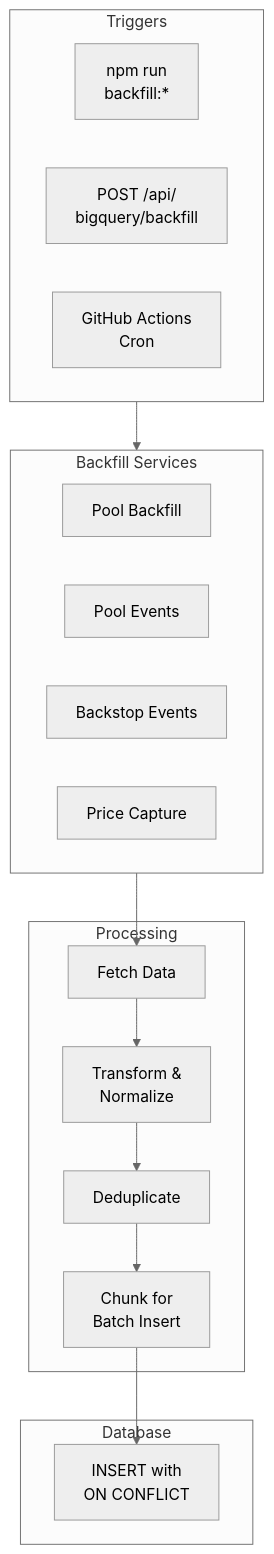
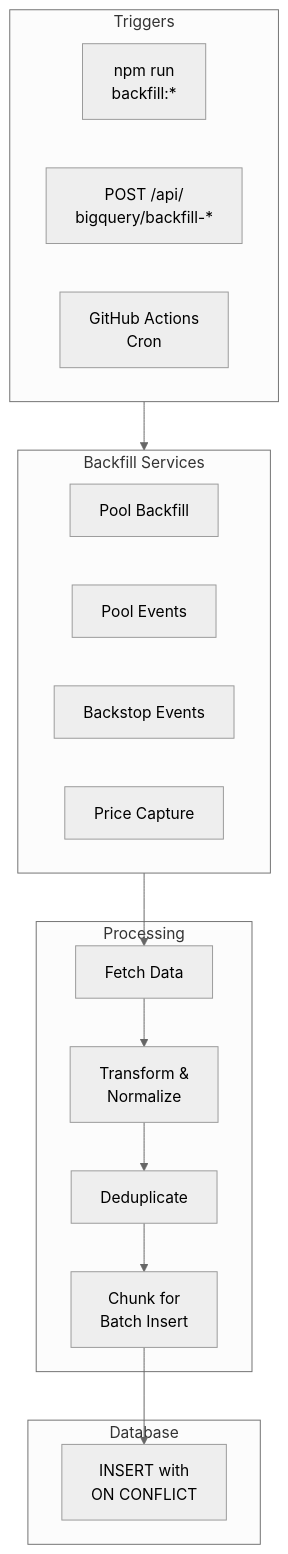
Before and after one commit to brunomlr/blend-indexer: the third of 6 diagrams in README.md, drawn with Mermaid (neutral theme). The commit also changed other lines of this file, not shown here.

````diff
--- a/README.md
+++ b/README.md
@@ -374,33 +368,33 @@
 ```mermaid
 flowchart TB
     subgraph Triggers["Triggers"]
         SCRIPT["npm run<br/>backfill:*"]
-        API["POST /api/<br/>bigquery/backfill"]
+        API["POST /api/<br/>bigquery/backfill-*"]
         CRON["GitHub Actions<br/>Cron"]
     end
 
     subgraph Services["Backfill Services"]
         PB["Pool Backfill"]
         AB["Pool Events"]
         BB["Backstop Events"]
         PC["Price Capture"]
     end
 
     subgraph Process["Processing"]
         FETCH["Fetch Data"]
         TRANSFORM["Transform &<br/>Normalize"]
         DEDUPE["Deduplicate"]
         CHUNK["Chunk for<br/>Batch Insert"]
     end
 
     subgraph DB["Database"]
         INSERT["INSERT with<br/>ON CONFLICT"]
     end
 
     Triggers --> Services
     Services --> FETCH
     FETCH --> TRANSFORM
     TRANSFORM --> DEDUPE
     DEDUPE --> CHUNK
     CHUNK --> INSERT
 ```
````
